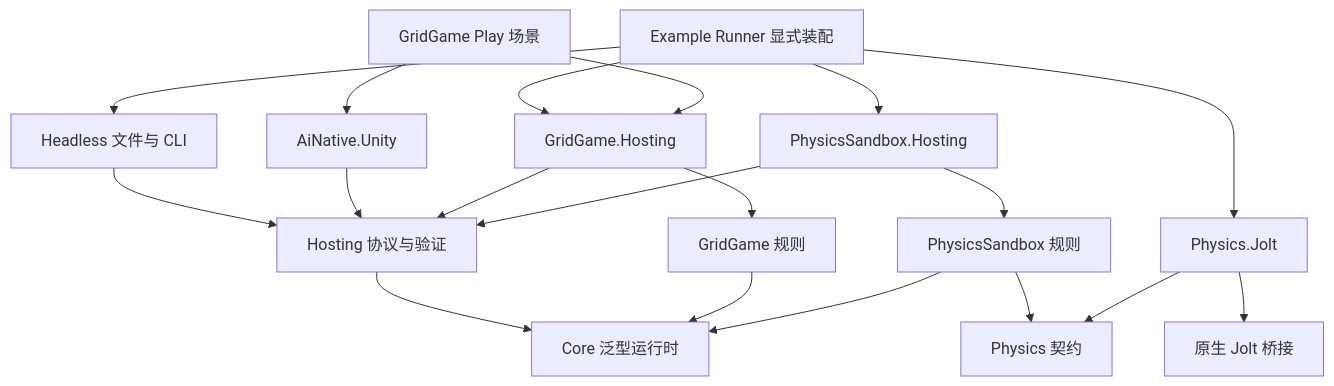
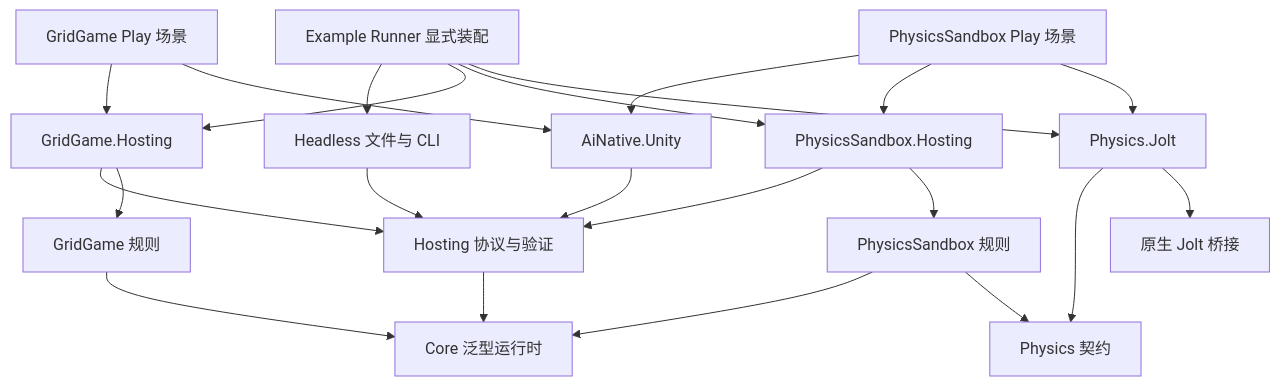
One commit to amuroray742-png/ai_native_game_engine changed the diagram in docs/ai-native-game-engine-design.md. Above: the diagram before and after it, drawn with Mermaid. The commit also changed other lines of this file and 84 other files, not shown here.

Commit message:
feat: 在 Unity Play 接入 PhysicsSandbox 并验证逐 Tick 回放

````diff
--- a/docs/ai-native-game-engine-design.md
+++ b/docs/ai-native-game-engine-design.md
@@ -17,21 +17,24 @@
 ```mermaid
 flowchart TD
     Runner[Example Runner 显式装配] --> Headless[Headless 文件与 CLI]
     Headless --> Hosting[Hosting 协议与验证]
     Hosting --> Core[Core 泛型运行时]
     Runner --> GridAdapter[GridGame.Hosting]
     Scene[GridGame Play 场景] --> GridAdapter
     Scene --> PlayHost[AiNative.Unity]
     PlayHost --> Hosting
     Runner --> PhysicsAdapter[PhysicsSandbox.Hosting]
+    SandboxScene[PhysicsSandbox Play 场景] --> PlayHost
+    SandboxScene --> PhysicsAdapter
+    SandboxScene --> Jolt
     GridAdapter --> Hosting
     GridAdapter --> Grid[GridGame 规则]
     Grid --> Core
     PhysicsAdapter --> Hosting
     PhysicsAdapter --> Sandbox[PhysicsSandbox 规则]
     Sandbox --> Core
     Sandbox --> Physics[Physics 契约]
     Runner --> Jolt[Physics.Jolt]
     Jolt --> Physics
     Jolt --> Native[原生 Jolt 桥接]
 ```
````
